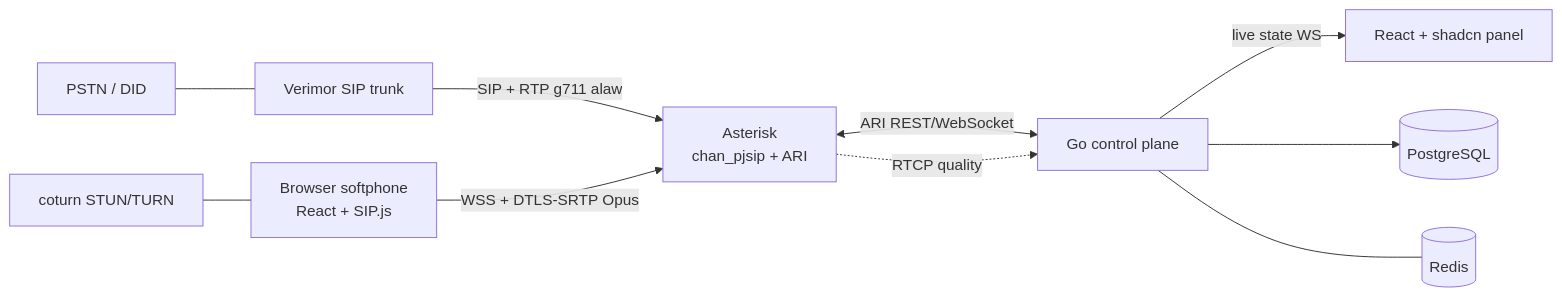
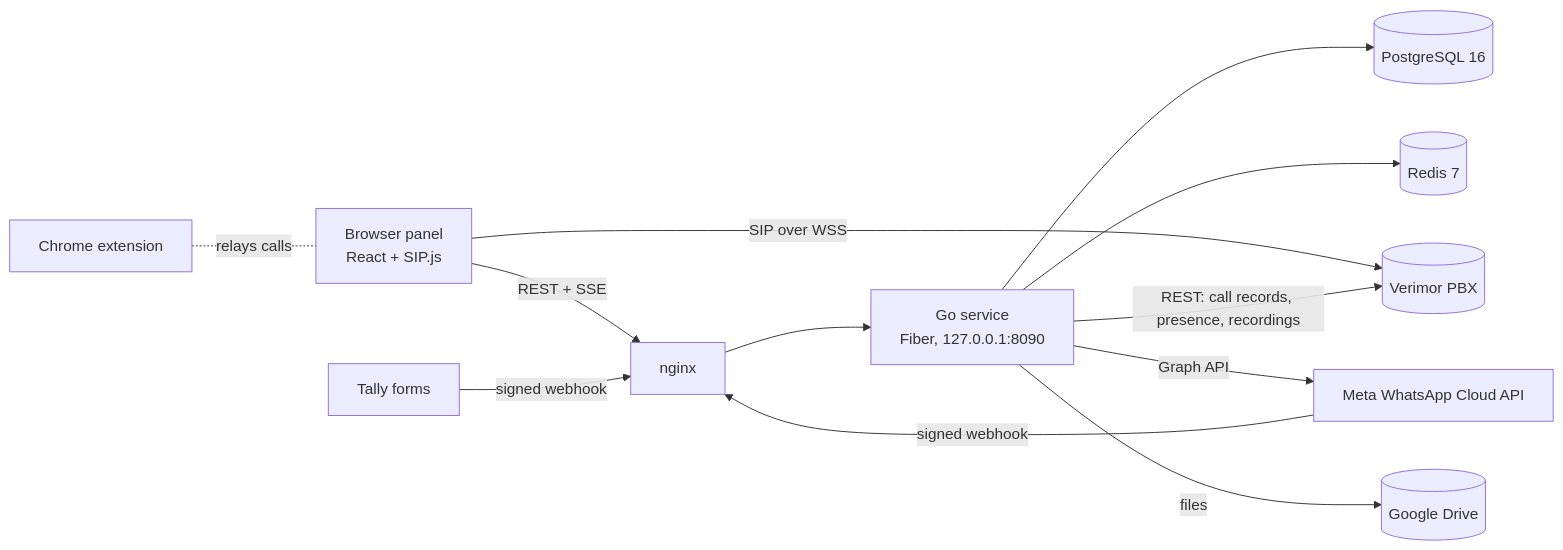
The diagram in DESIGN.md (toprakgureli/santral-c), drawn with Mermaid before and after one commit. The commit also changed other lines of this file and 6 other files, not shown here.

````diff
--- a/DESIGN.md
+++ b/DESIGN.md
@@ -28,12 +16,14 @@
 ```mermaid
 flowchart LR
-  PSTN[PSTN / DID] --- V[Verimor SIP trunk]
-  V -- SIP + RTP g711 alaw --> AST[Asterisk\nchan_pjsip + ARI]
-  AG[Browser softphone\nReact + SIP.js] -- WSS + DTLS-SRTP Opus --> AST
-  AST <-- ARI REST/WebSocket --> GO[Go control plane]
-  GO -- live state WS --> UI[React + shadcn panel]
-  GO --> PG[(PostgreSQL)]
-  GO --- RD[(Redis)]
-  AST -. RTCP quality .-> GO
-  TURN[coturn STUN/TURN] --- AG
+  A[Browser panel<br/>React + SIP.js] -- REST + SSE --> N[nginx]
+  X[Chrome extension] -. relays calls .- A
+  N --> B[Go service<br/>Fiber, 127.0.0.1:8090]
+  A -- SIP over WSS --> P[(Verimor PBX)]
+  B --> D[(PostgreSQL 16)]
+  B --> R[(Redis 7)]
+  B -- REST: call records, presence, recordings --> P
+  M[Meta WhatsApp Cloud API] -- signed webhook --> N
+  B -- Graph API --> M
+  B -- files --> G[(Google Drive)]
+  T[Tally forms] -- signed webhook --> N
 ```
````
